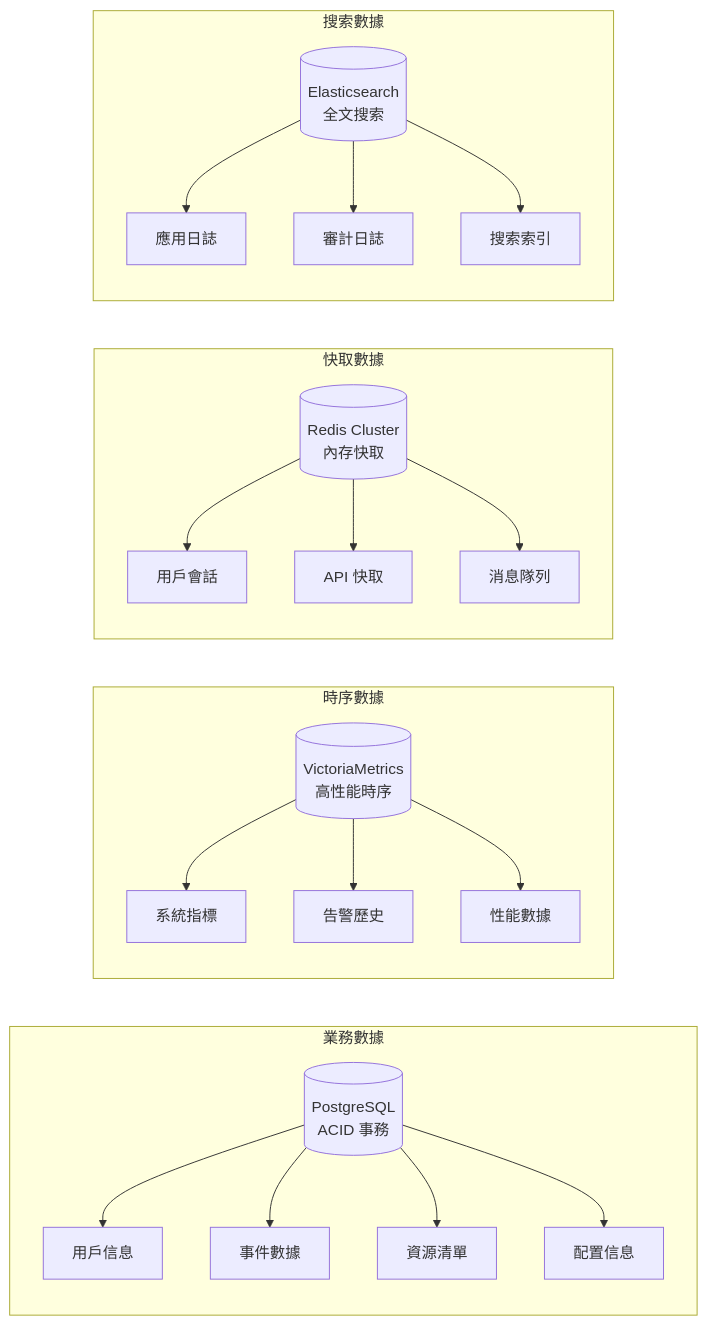
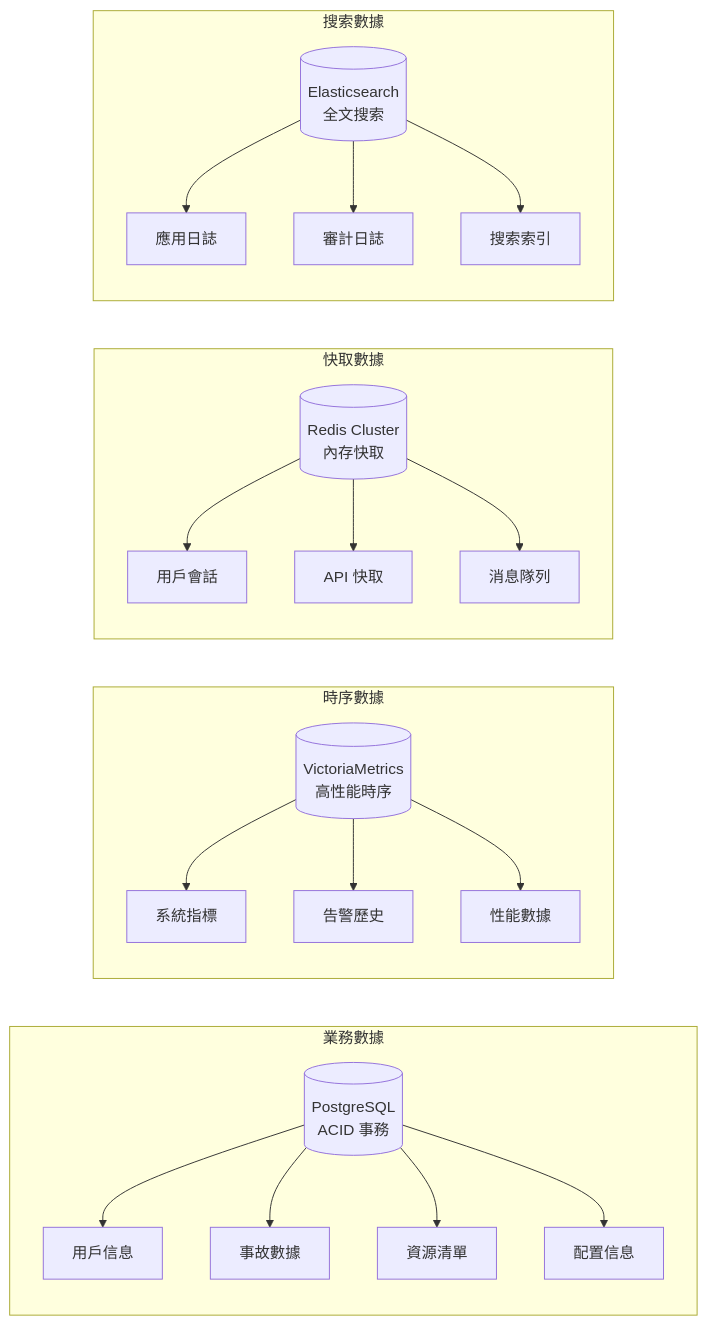
One commit to detectviz/sre-platform-app changed the seventh of 7 diagrams in architecture.md. Above: the diagram before and after it, drawn with Mermaid. The commit also changed other lines of this file and 35 other files, not shown here.

````diff
--- a/architecture.md
+++ b/architecture.md
@@ -328,31 +328,31 @@
 ```mermaid
 graph LR
     subgraph "業務數據"
         PG[(PostgreSQL<br/>ACID 事務)]
         PG --> Users[用戶信息]
-        PG --> Events[事件數據]
+        PG --> Incidents[事故數據]
         PG --> Resources[資源清單]
         PG --> Configs[配置信息]
     end
 
     subgraph "時序數據"
         VM[(VictoriaMetrics<br/>高性能時序)]
         VM --> Metrics[系統指標]
         VM --> Alerts[告警歷史]
         VM --> Performance[性能數據]
     end
 
     subgraph "快取數據"
         Redis[(Redis Cluster<br/>內存快取)]
         Redis --> Sessions[用戶會話]
         Redis --> Cache[API 快取]
         Redis --> Queue[消息隊列]
     end
 
     subgraph "搜索數據"
         ES[(Elasticsearch<br/>全文搜索)]
         ES --> Logs[應用日誌]
         ES --> Audit[審計日誌]
         ES --> Search[搜索索引]
     end
 ```
````
